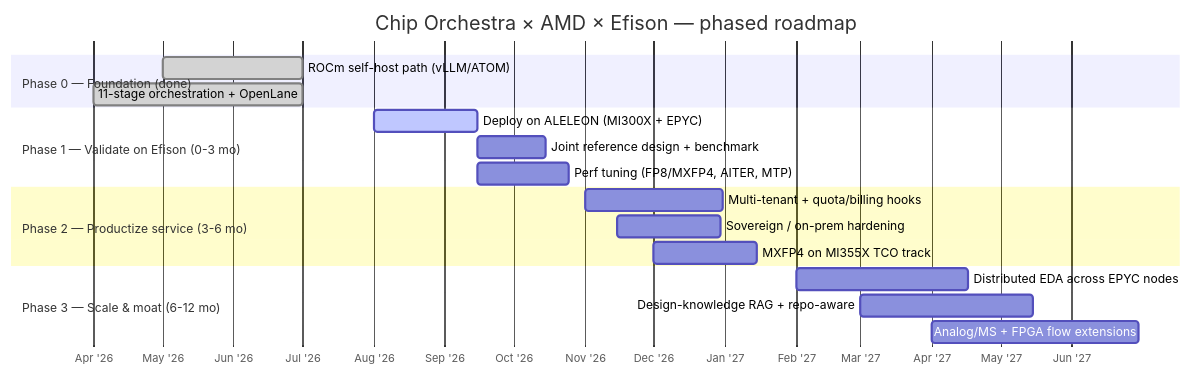
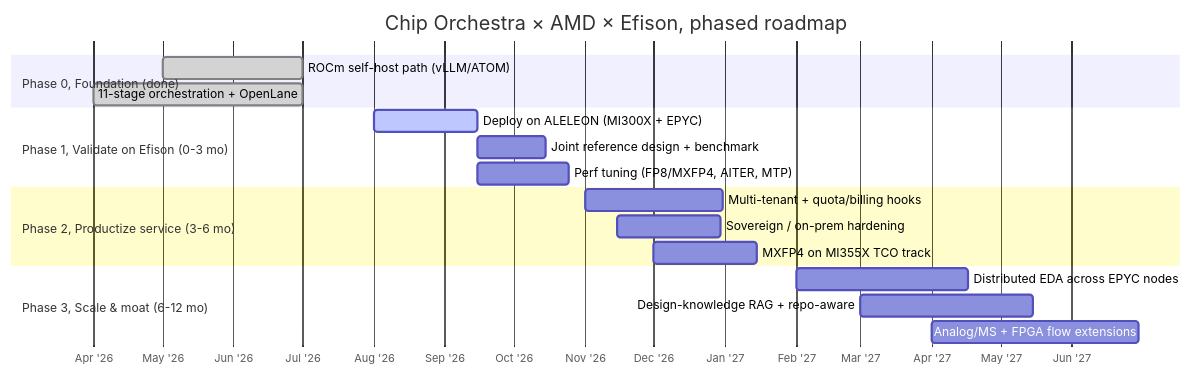
One commit to radhian/Chip-Orchestra changed the seventh of 10 diagrams in docs/platform_x_amd_deck.md. Above: the diagram before and after it, drawn with Mermaid. The commit also changed other lines of this file, not shown here.

````diff
--- a/docs/platform_x_amd_deck.md
+++ b/docs/platform_x_amd_deck.md
@@ -278,25 +275,25 @@
 ```mermaid
 gantt
-    title Chip Orchestra × AMD × Efison — phased roadmap
+    title Chip Orchestra × AMD × Efison, phased roadmap
     dateFormat YYYY-MM-DD
     axisFormat %b '%y
 
-    section Phase 0 — Foundation (done)
+    section Phase 0, Foundation (done)
     ROCm self-host path (vLLM/ATOM)      :done, p0a, 2026-05-01, 2026-07-01
     11-stage orchestration + OpenLane     :done, p0b, 2026-04-01, 2026-07-01
 
-    section Phase 1 — Validate on Efison (0-3 mo)
+    section Phase 1, Validate on Efison (0-3 mo)
     Deploy on ALELEON (MI300X + EPYC)     :active, p1a, 2026-08-01, 45d
     Joint reference design + benchmark    :p1b, after p1a, 30d
     Perf tuning (FP8/MXFP4, AITER, MTP)   :p1c, after p1a, 40d
 
-    section Phase 2 — Productize service (3-6 mo)
+    section Phase 2, Productize service (3-6 mo)
     Multi-tenant + quota/billing hooks    :p2a, 2026-11-01, 60d
     Sovereign / on-prem hardening         :p2b, 2026-11-15, 45d
     MXFP4 on MI355X TCO track             :p2c, 2026-12-01, 45d
 
-    section Phase 3 — Scale & moat (6-12 mo)
+    section Phase 3, Scale & moat (6-12 mo)
     Distributed EDA across EPYC nodes     :p3a, 2027-02-01, 75d
     Design-knowledge RAG + repo-aware     :p3b, 2027-03-01, 75d
     Analog/MS + FPGA flow extensions      :p3c, 2027-04-01, 90d
 ```
````
